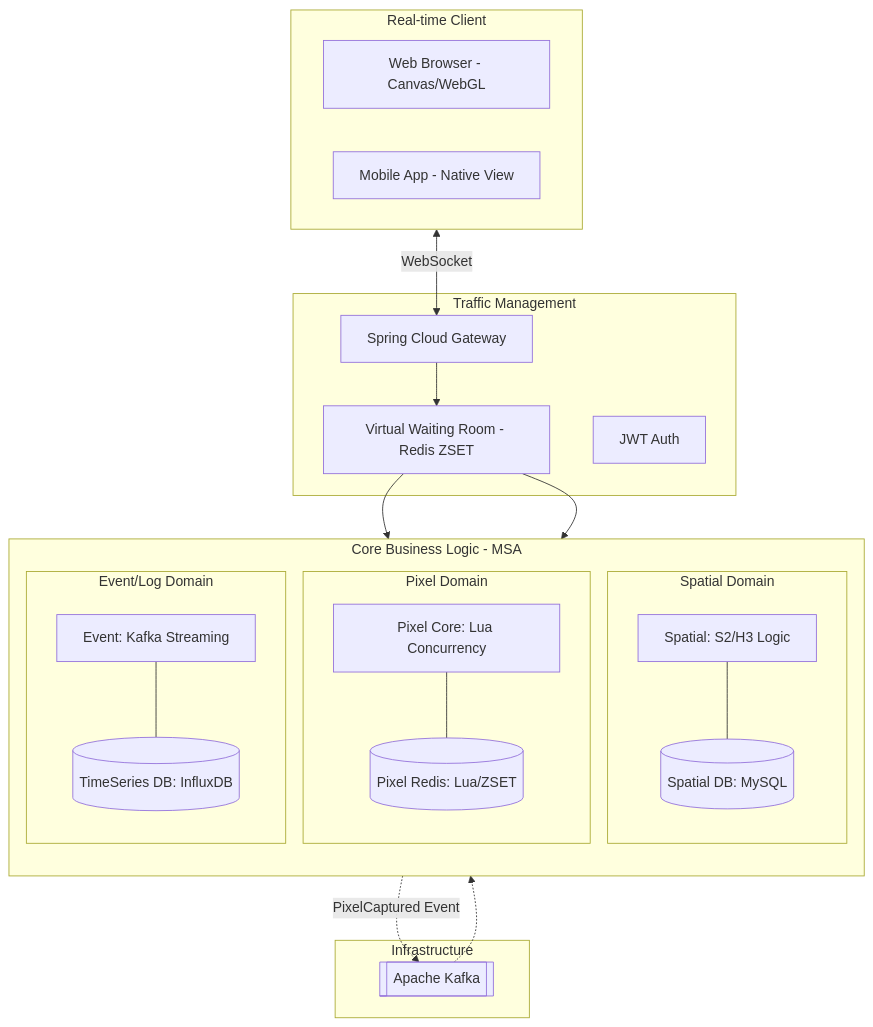
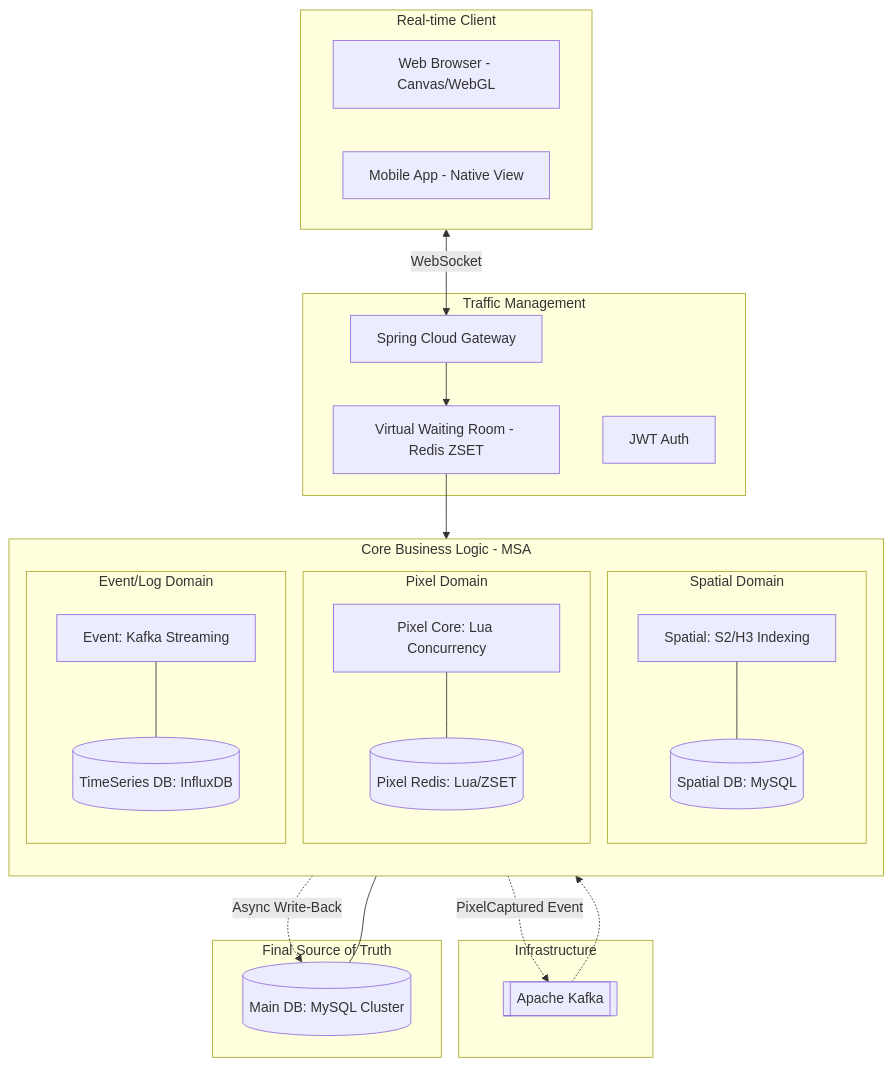
The diagram in README.md (dlrkdgml0716/The_Pixel_War), drawn with Mermaid before and after one commit.

````diff
--- a/README.md
+++ b/README.md
@@ -6,55 +6,63 @@
 ```mermaid
 graph TD
     %% Client Layer
     subgraph ClientLayer [Real-time Client]
         Web[Web Browser - Canvas/WebGL]
         Mobile[Mobile App - Native View]
     end
 
     %% Gateway & Traffic Control
     subgraph TrafficControl [Traffic Management]
         AGW[Spring Cloud Gateway]
         NetFunnel[Virtual Waiting Room - Redis ZSET]
         Auth[JWT Auth]
     end
 
     %% Microservices Layer (Database per Service)
     subgraph Microservices [Core Business Logic - MSA]
         direction TB
         
         subgraph PixelDomain [Pixel Domain]
             PixelSvc[Pixel Core: Lua Concurrency]
             PixelRedis[(Pixel Redis: Lua/ZSET)]
         end
         
         subgraph SpatialDomain [Spatial Domain]
-            SpatialSvc[Spatial: S2/H3 Logic]
+            SpatialSvc[Spatial: S2/H3 Indexing]
             SpatialDB[(Spatial DB: MySQL)]
         end
         
         subgraph EventDomain [Event/Log Domain]
             EventSvc[Event: Kafka Streaming]
             LogDB[(TimeSeries DB: InfluxDB)]
         end
     end
 
-    %% Infrastructure
+    %% Infrastructure (Shared Message Broker)
     subgraph MessageBroker [Infrastructure]
         Kafka[[Apache Kafka]]
+    end
+
+    %% Persistence Layer (Source of Truth)
+    subgraph Persistence [Final Source of Truth]
+        MainDB[(Main DB: MySQL Cluster)]
     end
 
     %% Relationships
     ClientLayer <--> |WebSocket| AGW
     AGW --> NetFunnel
-    NetFunnel --> PixelSvc
-    NetFunnel --> SpatialSvc
+    NetFunnel --> Microservices
     
     %% Service-DB Ownership
     PixelSvc --- PixelRedis
     SpatialSvc --- SpatialDB
     EventSvc --- LogDB
     
-    %% Inter-service Communication
+    %% Inter-service Communication (EDA)
     PixelSvc -.-> |PixelCaptured Event| Kafka
     Kafka -.-> EventSvc
+    
+    %% Async Flush to Main DB
+    PixelRedis -.-> |Async Write-Back| MainDB
+    SpatialDB --- MainDB
 ```
````
